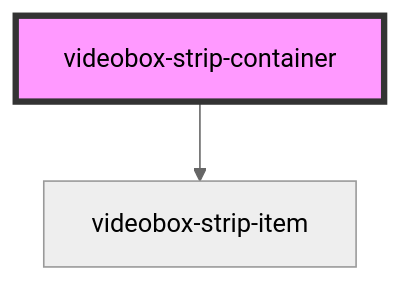
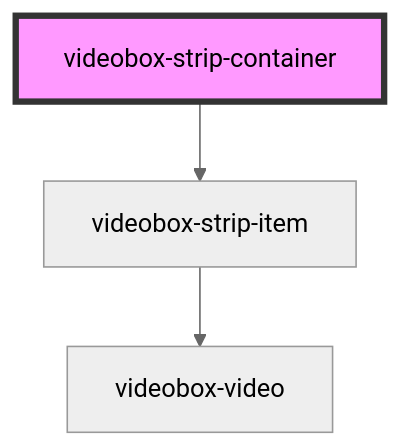
The diagram in src/components/videobox-strip-container/readme.md (etaiso/videobox-strip), drawn with Mermaid (neutral theme) before and after one commit. The commit also changed other lines of this file and 12 other files, not shown here.

````diff
--- a/src/components/videobox-strip-container/readme.md
+++ b/src/components/videobox-strip-container/readme.md
@@ -22,5 +22,6 @@
 ```mermaid
 graph TD;
   videobox-strip-container --> videobox-strip-item
+  videobox-strip-item --> videobox-video
   style videobox-strip-container fill:#f9f,stroke:#333,stroke-width:4px
 ```
````
